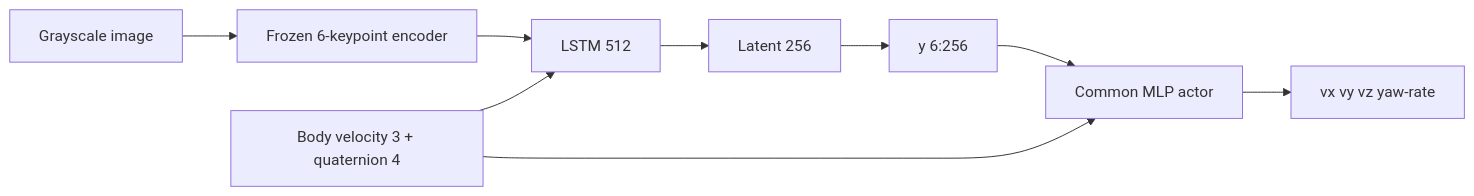
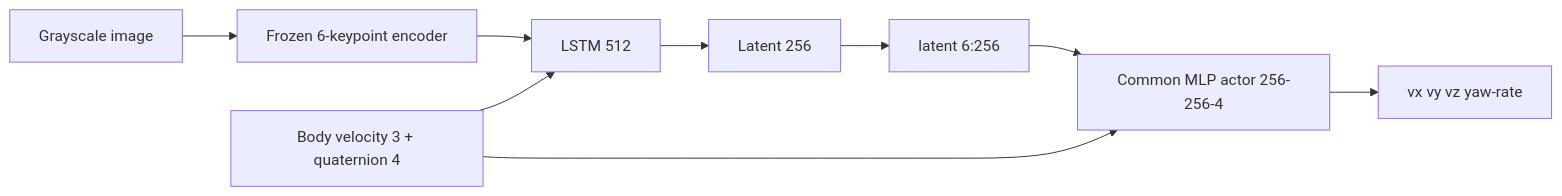
One commit to junsuk123/OntoReward-RL changed the first of 2 diagrams in Ontology_RGAT_UAV_RL_ISAAC_PX4/docs/ARCHITECTURE.md. Above: the diagram before and after it, drawn with Mermaid. The commit also changed other lines of this file and 12 other files, not shown here.

````diff
--- a/Ontology_RGAT_UAV_RL_ISAAC_PX4/docs/ARCHITECTURE.md
+++ b/Ontology_RGAT_UAV_RL_ISAAC_PX4/docs/ARCHITECTURE.md
@@ -85,11 +99,11 @@
 ```mermaid
 flowchart LR
   CAM[Grayscale image] --> KP[Frozen 6-keypoint encoder]
   KP --> MEM[LSTM 512]
   UAV[Body velocity 3 + quaternion 4] --> MEM
   MEM --> LAT[Latent 256]
-  LAT --> SLICE[y 6:256]
-  UAV --> ACT[Common MLP actor]
+  LAT --> SLICE[latent 6:256]
+  UAV --> ACT[Common MLP actor 256-256-4]
   SLICE --> ACT
   ACT --> CMD[vx vy vz yaw-rate]
 ```
````
